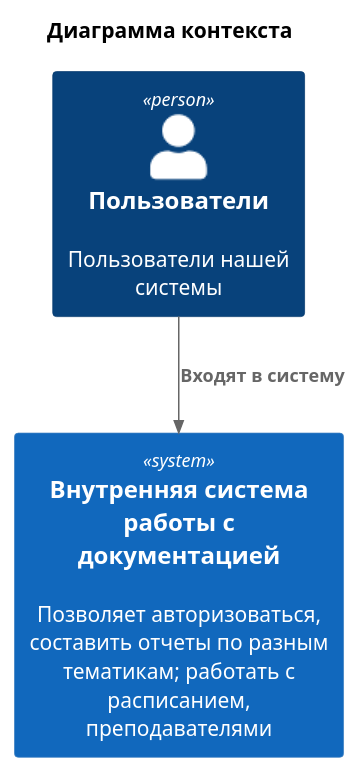
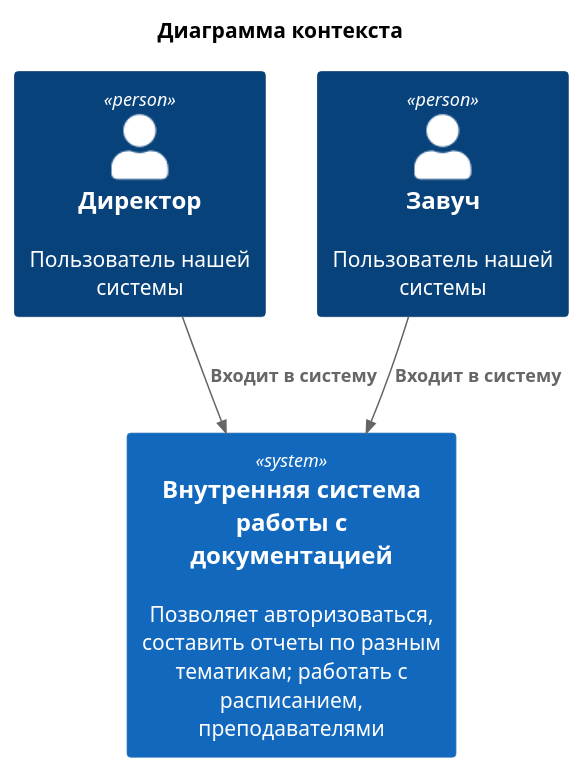
One commit to LiD-Meggatech/architecture changed the diagram in Технический проект/context.puml. Above: the diagram before and after it, drawn with PlantUML. The commit also changed 79 other files, not shown here.

Commit message:
Обновлены диаграммы последовательности, кода, контекста, компонентов.

```diff
--- a/Технический проект/context.puml
+++ b/Технический проект/context.puml
@@ -1,12 +1,14 @@
 @startuml Диаграмма контекста
 !include https://raw.githubusercontent.com/plantuml-stdlib/C4-PlantUML/master/C4_Context.puml
 
 title Диаграмма контекста
 
-Person(user, "Пользователи", "Пользователи нашей системы")
+Person(director, "Директор", "Пользователь нашей системы")
+Person(headTeacher, "Завуч", "Пользователь нашей системы")
 
 System(system, "Внутренняя система работы с документацией", "Позволяет авторизоваться, составить отчеты по разным тематикам; работать с расписанием, преподавателями")
 
-Rel(user, system, "Входят в систему")
+Rel(director, system, "Входит в систему")
+Rel(headTeacher, system, "Входит в систему")
 
 @enduml
```
